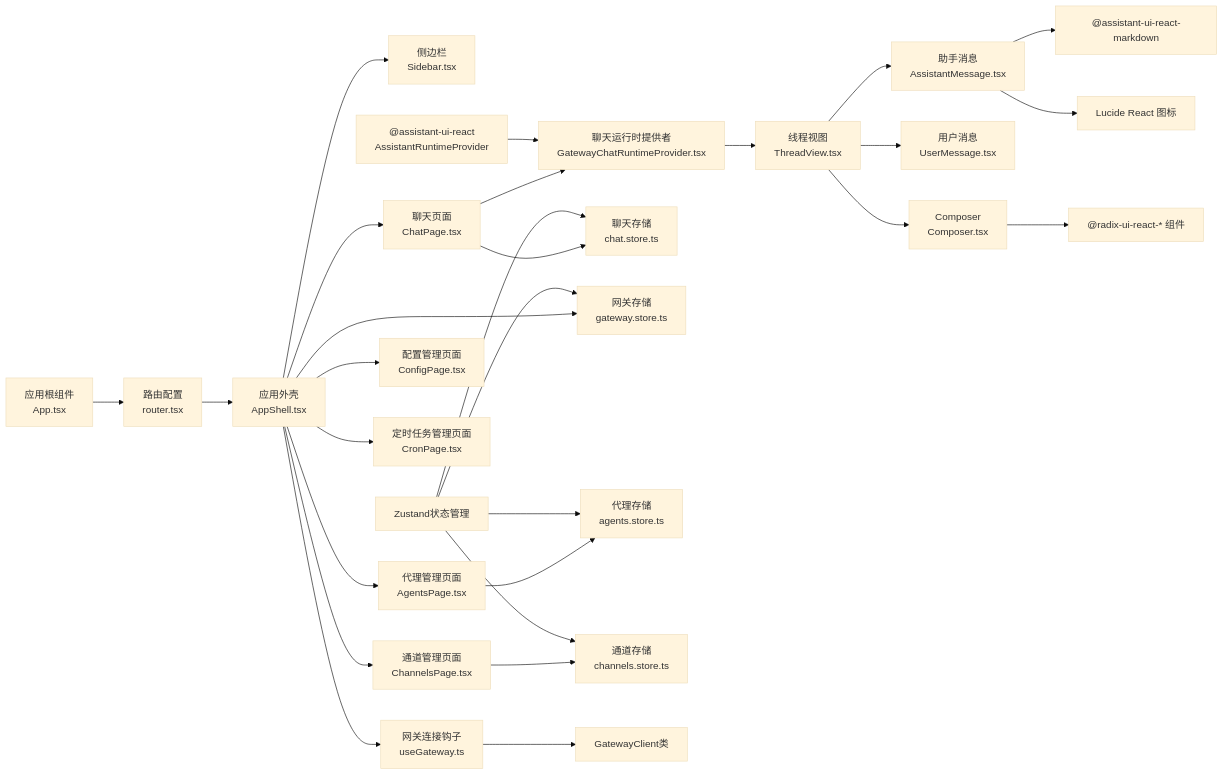
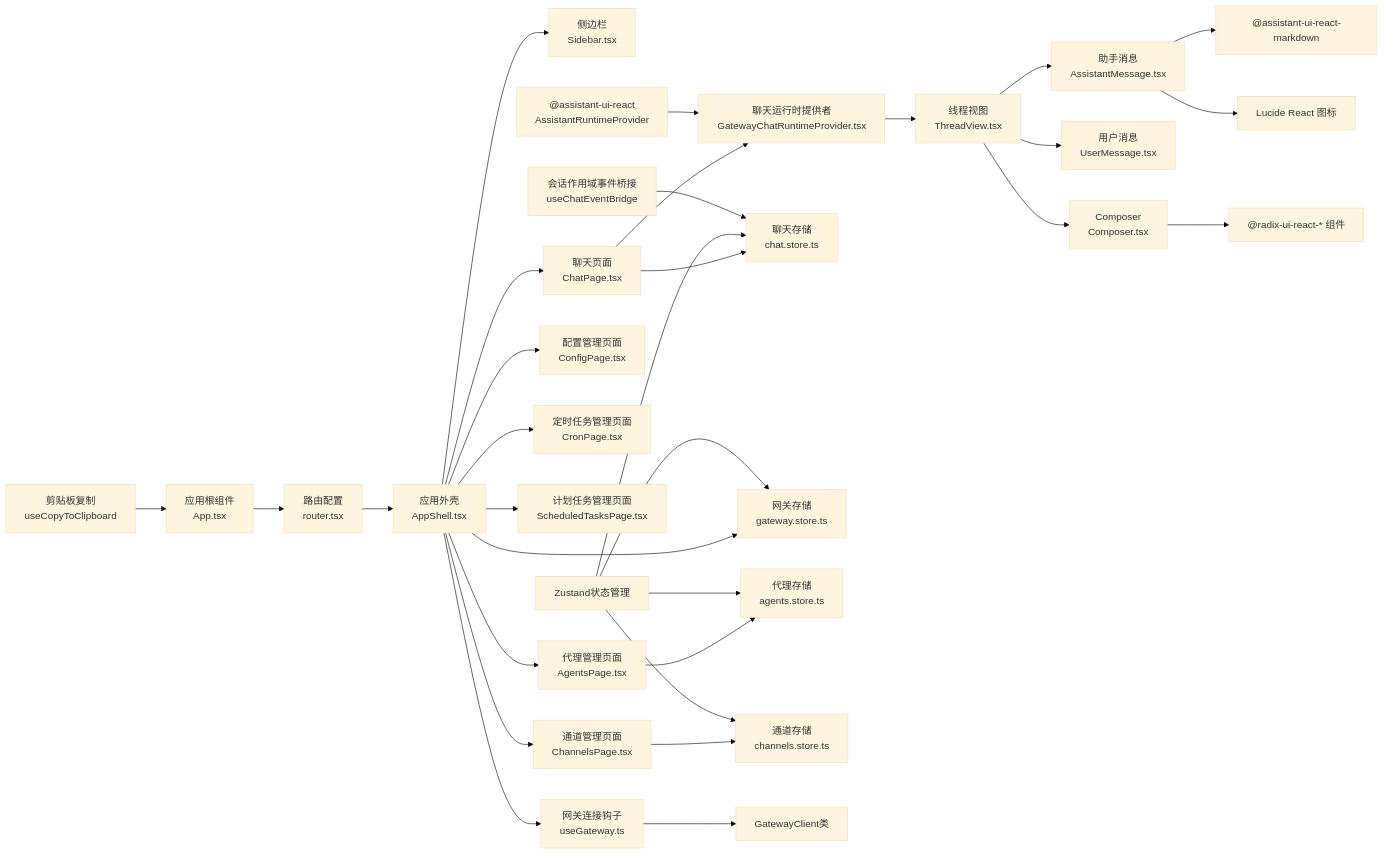
Before and after one commit to verse-ai-org/openclaw: the sixth of 6 diagrams in .qoder/repowiki/zh/content/Web界面/Web界面.md, drawn with Mermaid (base theme). The commit also changed other lines of this file and 89 other files, not shown here.

````diff
--- a/.qoder/repowiki/zh/content/Web界面/Web界面.md
+++ b/.qoder/repowiki/zh/content/Web界面/Web界面.md
@@ -636,30 +739,33 @@
 ```mermaid
 graph LR
 App["应用根组件<br/>App.tsx"] --> Router["路由配置<br/>router.tsx"]
 Router --> Shell["应用外壳<br/>AppShell.tsx"]
 Shell --> Sidebar["侧边栏<br/>Sidebar.tsx"]
 Shell --> ChatPage["聊天页面<br/>ChatPage.tsx"]
 Shell --> AgentsPage["代理管理页面<br/>AgentsPage.tsx"]
 Shell --> ChannelsPage["通道管理页面<br/>ChannelsPage.tsx"]
 Shell --> ConfigPage["配置管理页面<br/>ConfigPage.tsx"]
 Shell --> CronPage["定时任务管理页面<br/>CronPage.tsx"]
+Shell --> ScheduledTasksPage["计划任务管理页面<br/>ScheduledTasksPage.tsx"]
 ChatPage --> Runtime["聊天运行时提供者<br/>GatewayChatRuntimeProvider.tsx"]
 Runtime --> ThreadView["线程视图<br/>ThreadView.tsx"]
 ThreadView --> AssistantMessage["助手消息<br/>AssistantMessage.tsx"]
 ThreadView --> UserMessage["用户消息<br/>UserMessage.tsx"]
 ThreadView --> Composer["Composer<br/>Composer.tsx"]
 ChatPage --> ChatStore["聊天存储<br/>chat.store.ts"]
 Shell --> GatewayStore["网关存储<br/>gateway.store.ts"]
 AgentsPage --> AgentsStore["代理存储<br/>agents.store.ts"]
 ChannelsPage --> ChannelsStore["通道存储<br/>channels.store.ts"]
 Shell --> GatewayHook["网关连接钩子<br/>useGateway.ts"]
 GatewayHook --> GatewayClient["GatewayClient类"]
 AssistantRuntimeProvider["@assistant-ui-react<br/>AssistantRuntimeProvider"] --> Runtime
 Zustand["Zustand状态管理"] --> ChatStore
 Zustand --> GatewayStore
 Zustand --> AgentsStore
 Zustand --> ChannelsStore
 AssistantMessage --> Markdown["@assistant-ui-react-markdown"]
 AssistantMessage --> Lucide["Lucide React 图标"]
 Composer --> RadixUI["@radix-ui-react-* 组件"]
+useChatEventBridge["会话作用域事件桥接<br/>useChatEventBridge"] --> ChatStore
+useCopyToClipboard["剪贴板复制<br/>useCopyToClipboard"] --> App
 ```
````
